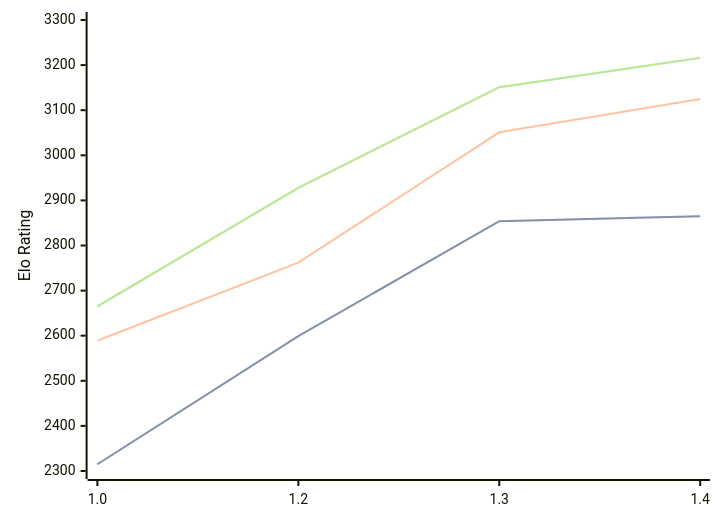
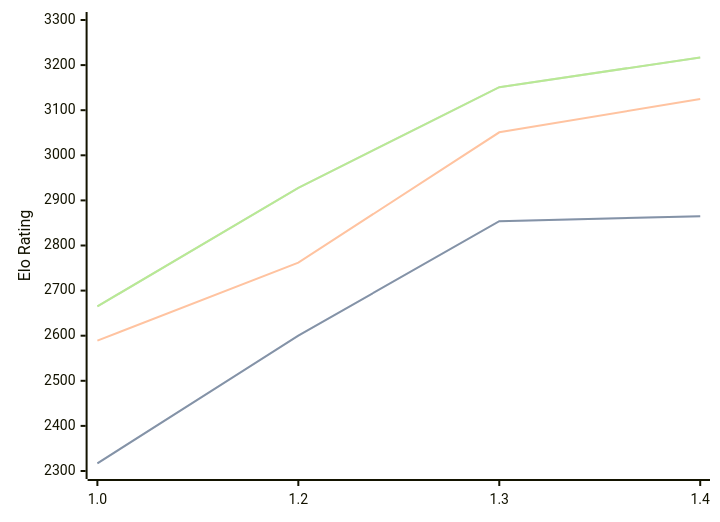
The third of 3 diagrams in engines/Chessnix.md (computer-chess-index/cci), drawn with Mermaid before and after one commit. The commit also changed other lines of this file, not shown here.

Commit message:
Update CCI Ratings (ELO VLTC) - 2026-06-18

````diff
--- a/engines/Chessnix.md
+++ b/engines/Chessnix.md
@@ -69,11 +69,11 @@
 ```mermaid
 %%{init: {"theme":"base","themeVariables":{"seriesColors:['#a3a3a3','#222221','#faa371']}}}%%
 xychart-beta
   x-axis ["1.0", "1.2", "1.3", "1.4"]
   y-axis "Elo Rating" 2300 --> 3300
-  line "STC (8.0+0.08s)" [2315, 2599, 2854, 2865]
-  line "STC (8.0+0.08s)" [2315, 2599, 2854, 2865]
+  line "STC (8.0+0.08s)" [2317, 2600, 2854, 2865]
+  line "STC (8.0+0.08s)" [2317, 2600, 2854, 2865]
   line "LTC (60.0+0.60s)" [2589, 2762, 3051, 3125]
-  line "VLTC (2m24s+1.12s)" [2665, 2928, 3151, 3216]
-  line "VLTC (2m24s+1.12s)" [2665, 2928, 3151, 3216]
+  line "VLTC (2m24s+1.12s)" [2665, 2928, 3151, 3217]
+  line "VLTC (2m24s+1.12s)" [2665, 2928, 3151, 3217]
 ```
````
